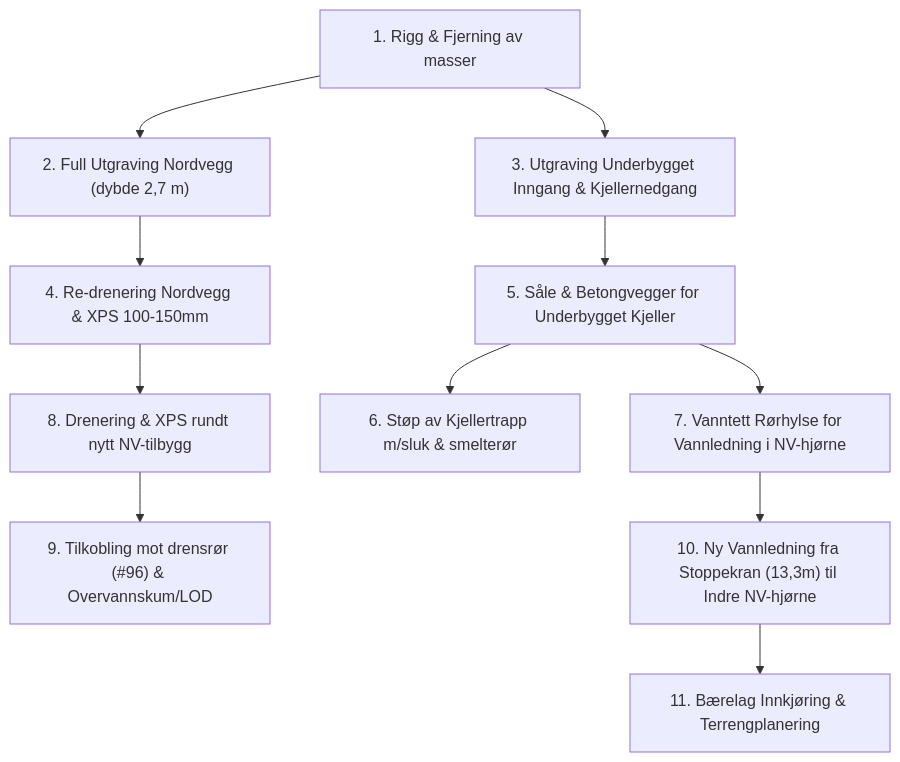
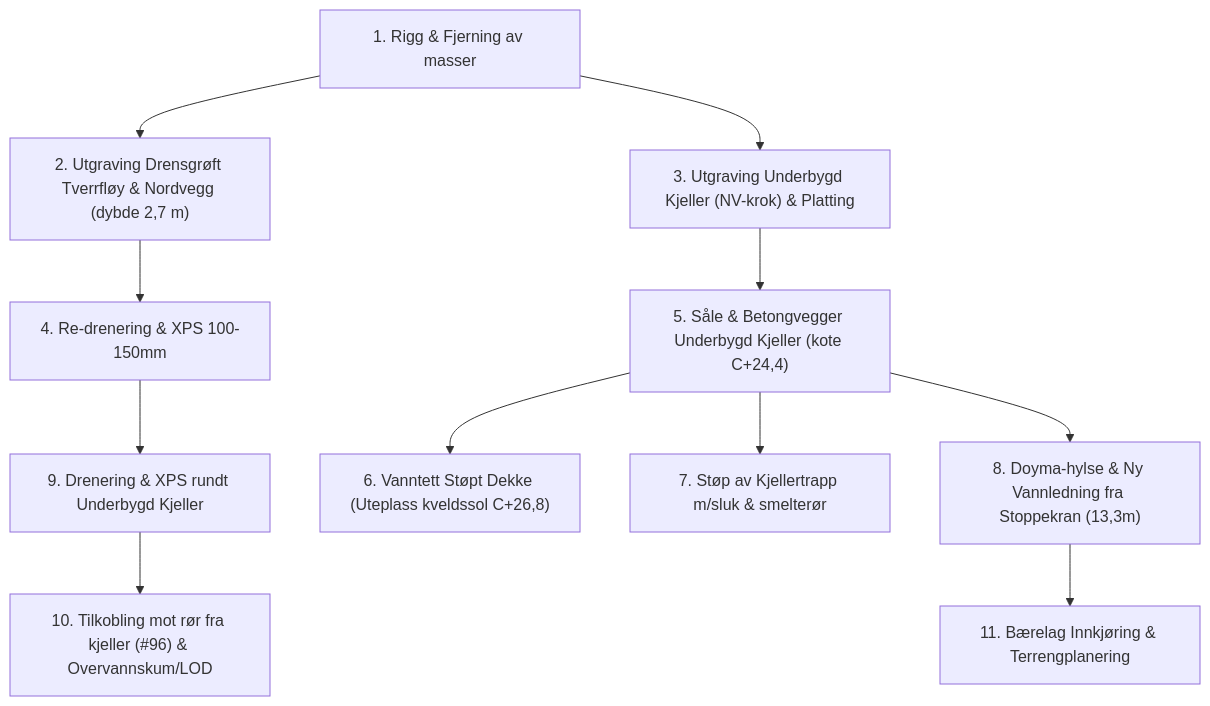
One commit to magnuskiro/m6 changed the diagram in docs/ANBUDSFORESPORSEL_GRUNNARBEIDER_NORD.md. Above: the diagram before and after it, drawn with Mermaid. The commit also changed other lines of this file and 3 other files, not shown here.

First line of the commit message:
feat(m6): legg til underbygd kjeller og uteplass for kveldssol i NV-krok (#92)

````diff
--- a/docs/ANBUDSFORESPORSEL_GRUNNARBEIDER_NORD.md
+++ b/docs/ANBUDSFORESPORSEL_GRUNNARBEIDER_NORD.md
@@ -54,13 +58,13 @@
 ```mermaid
 flowchart TD
-    A["1. Rigg & Fjerning av masser"] --> B["2. Full Utgraving Nordvegg (dybde 2,7 m)"]
-    A --> C["3. Utgraving Underbygget Inngang & Kjellernedgang"]
-    B --> D["4. Re-drenering Nordvegg & XPS 100-150mm"]
-    C --> E["5. Såle & Betongvegger for Underbygget Kjeller"]
-    E --> F["6. Støp av Kjellertrapp m/sluk & smelterør"]
-    E --> G["7. Vanntett Rørhylse for Vannledning i NV-hjørne"]
-    D --> H["8. Drenering & XPS rundt nytt NV-tilbygg"]
-    H --> I["9. Tilkobling mot drensrør (#96) & Overvannskum/LOD"]
-    G --> J["10. Ny Vannledning fra Stoppekran (13,3m) til Indre NV-hjørne"]
-    J --> K["11. Bærelag Innkjøring & Terrengplanering"]
+    A["1. Rigg & Fjerning av masser"] --> B["2. Utgraving Drensgrøft Tverrfløy & Nordvegg (dybde 2,7 m)"]
+    A --> C["3. Utgraving Underbygd Kjeller (NV-krok) & Platting"]
+    B --> D["4. Re-drenering & XPS 100-150mm"]
+    C --> E["5. Såle & Betongvegger Underbygd Kjeller (kote C+24,4)"]
+    E --> F["6. Vanntett Støpt Dekke (Uteplass kveldssol C+26,8)"]
+    E --> G["7. Støp av Kjellertrapp m/sluk & smelterør"]
+    E --> H["8. Doyma-hylse & Ny Vannledning fra Stoppekran (13,3m)"]
+    D --> I["9. Drenering & XPS rundt Underbygd Kjeller"]
+    I --> J["10. Tilkobling mot rør fra kjeller (#96) & Overvannskum/LOD"]
+    H --> K["11. Bærelag Innkjøring & Terrengplanering"]
 ```
````
